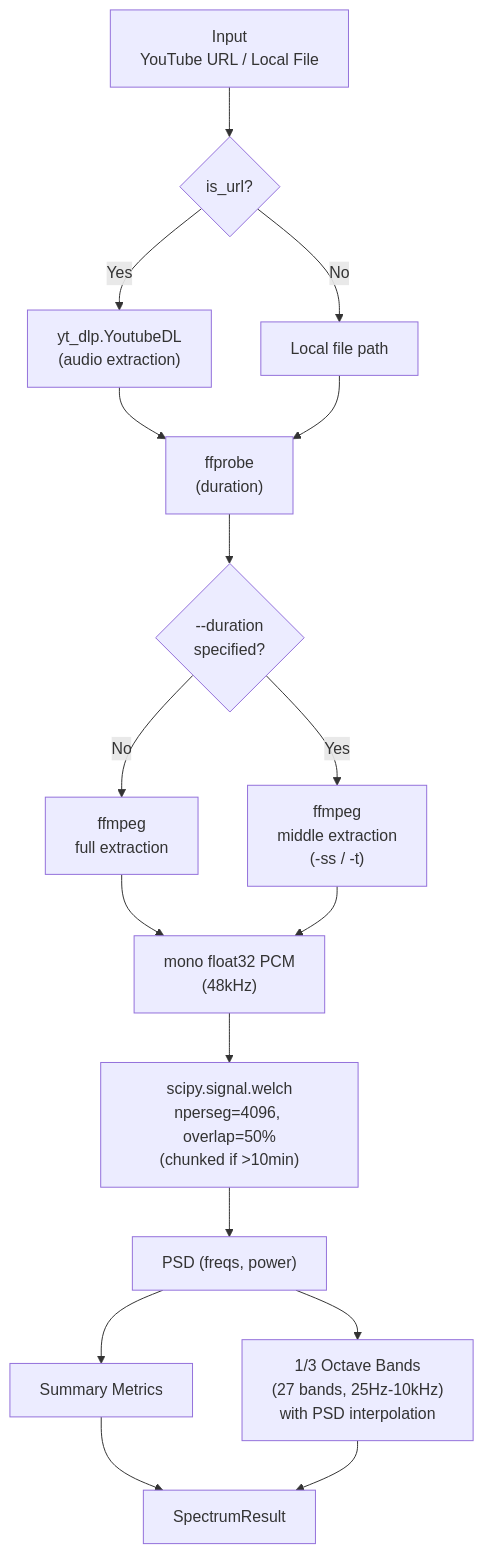
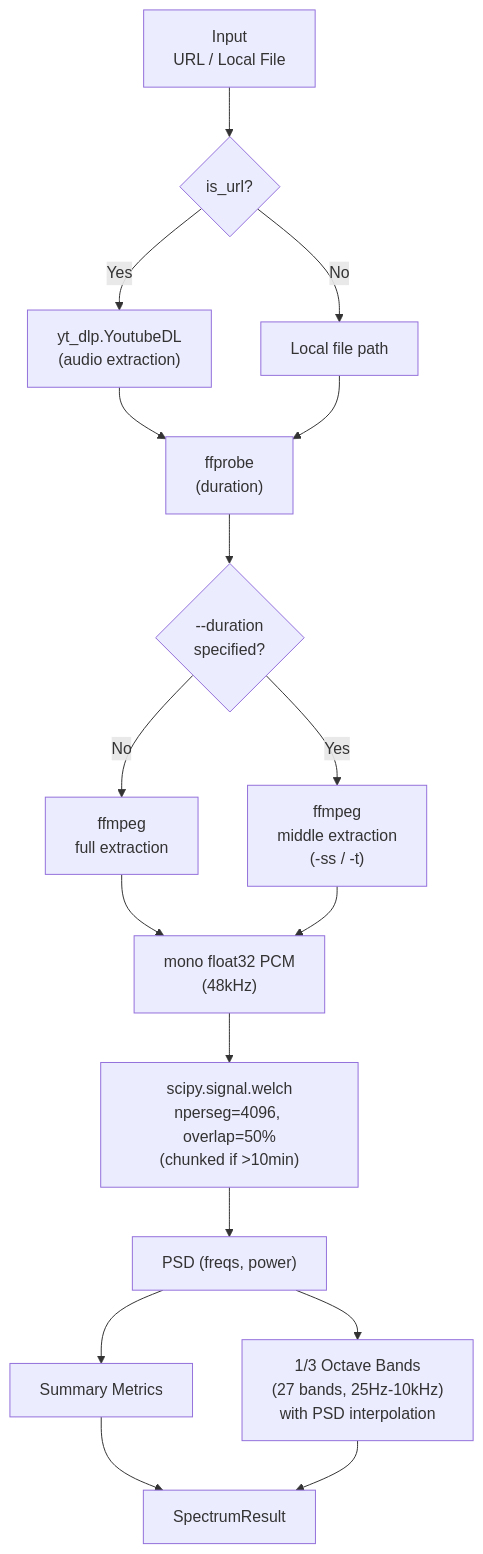
One commit to semnil/analyze-spectrum changed the third of 17 diagrams in docs/architecture.md. Above: the diagram before and after it, drawn with Mermaid. The commit also changed 5 other files, not shown here.

First line of the commit message:
feat: name the input field "URL" instead of "YouTube URL"

````diff
--- a/docs/architecture.md
+++ b/docs/architecture.md
@@ -83,34 +83,34 @@
 ```mermaid
 flowchart TD
-    INPUT["Input<br>YouTube URL / Local File"]
+    INPUT["Input<br>URL / Local File"]
     RESOLVE{"is_url?"}
     YTDLP["yt_dlp.YoutubeDL<br>(audio extraction)"]
     LOCAL["Local file path"]
     PROBE["ffprobe<br>(duration)"]
     MIDDLE{"--duration<br>specified?"}
     EXTRACT_FULL["ffmpeg<br>full extraction"]
     EXTRACT_MID["ffmpeg<br>middle extraction<br>(-ss / -t)"]
     PCM["mono float32 PCM<br>(48kHz)"]
     WELCH["scipy.signal.welch<br>nperseg=4096, overlap=50%<br>(chunked if >10min)"]
     PSD["PSD (freqs, power)"]
     METRICS["Summary Metrics"]
     BANDS["1/3 Octave Bands<br>(27 bands, 25Hz-10kHz)<br>with PSD interpolation"]
     RESULT["SpectrumResult"]
 
     INPUT --> RESOLVE
     RESOLVE -->|Yes| YTDLP
     RESOLVE -->|No| LOCAL
     YTDLP --> PROBE
     LOCAL --> PROBE
     PROBE --> MIDDLE
     MIDDLE -->|No| EXTRACT_FULL
     MIDDLE -->|Yes| EXTRACT_MID
     EXTRACT_FULL --> PCM
     EXTRACT_MID --> PCM
     PCM --> WELCH
     WELCH --> PSD
     PSD --> METRICS
     PSD --> BANDS
     METRICS --> RESULT
     BANDS --> RESULT
 ```
````
